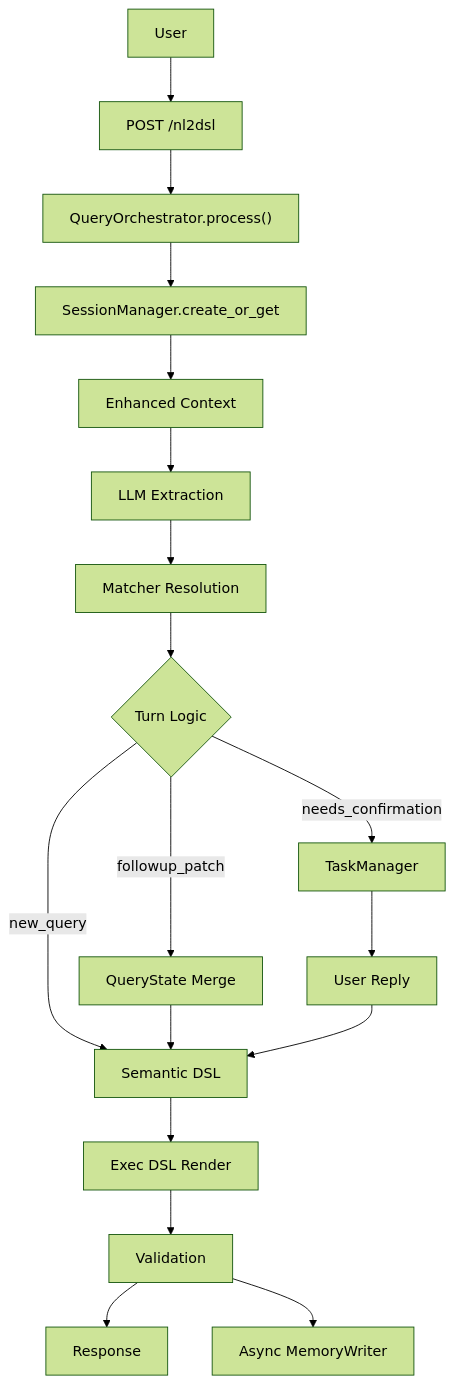
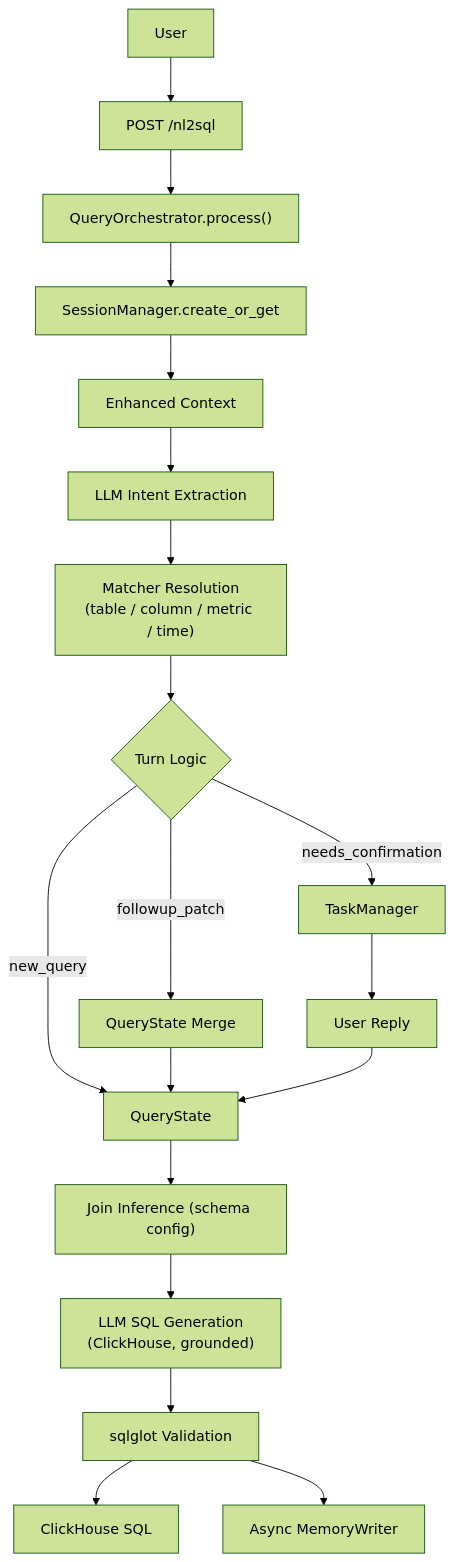
Before and after one commit to frankzh0330/query-agent: the first of 4 diagrams in docs/ARCHITECTURE.md, drawn with Mermaid (forest theme). The commit also changed other lines of this file and 82 other files, not shown here.

````diff
--- a/docs/ARCHITECTURE.md
+++ b/docs/ARCHITECTURE.md
@@ -71,20 +72,21 @@
 ```mermaid
 flowchart TD
-    U["User"] --> API["POST /nl2dsl"]
+    U["User"] --> API["POST /nl2sql"]
     API --> ORC["QueryOrchestrator.process()"]
     ORC --> S["SessionManager.create_or_get"]
     S --> C["Enhanced Context"]
-    C --> L1["LLM Extraction"]
-    L1 --> L2["Matcher Resolution"]
+    C --> L1["LLM Intent Extraction"]
+    L1 --> L2["Matcher Resolution<br/>(table / column / metric / time)"]
     L2 --> T{"Turn Logic"}
-    T -->|new_query| D1["Semantic DSL"]
+    T -->|new_query| S1["QueryState"]
     T -->|followup_patch| M["QueryState Merge"]
-    M --> D1
+    M --> S1
     T -->|needs_confirmation| K["TaskManager"]
     K --> R["User Reply"]
-    R --> D1
-    D1 --> D2["Exec DSL Render"]
-    D2 --> V["Validation"]
-    V --> O["Response"]
+    R --> S1
+    S1 --> J["Join Inference (schema config)"]
+    J --> G["LLM SQL Generation<br/>(ClickHouse, grounded)"]
+    G --> V["sqlglot Validation"]
+    V --> O["ClickHouse SQL"]
     V --> ML["Async MemoryWriter"]
 ```
````
